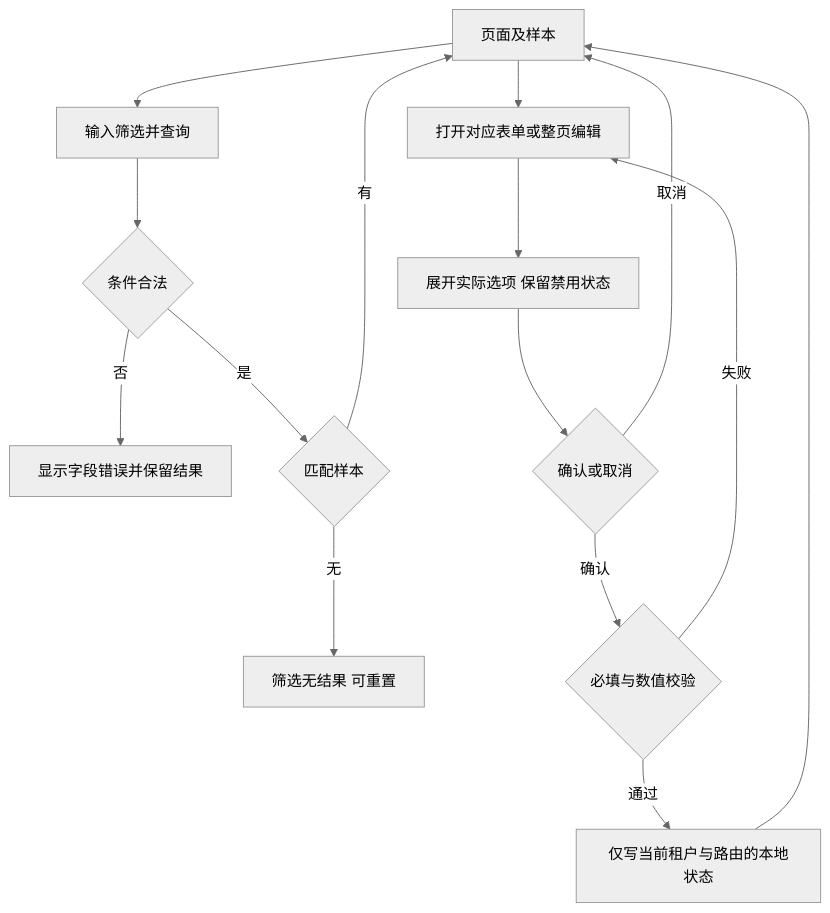
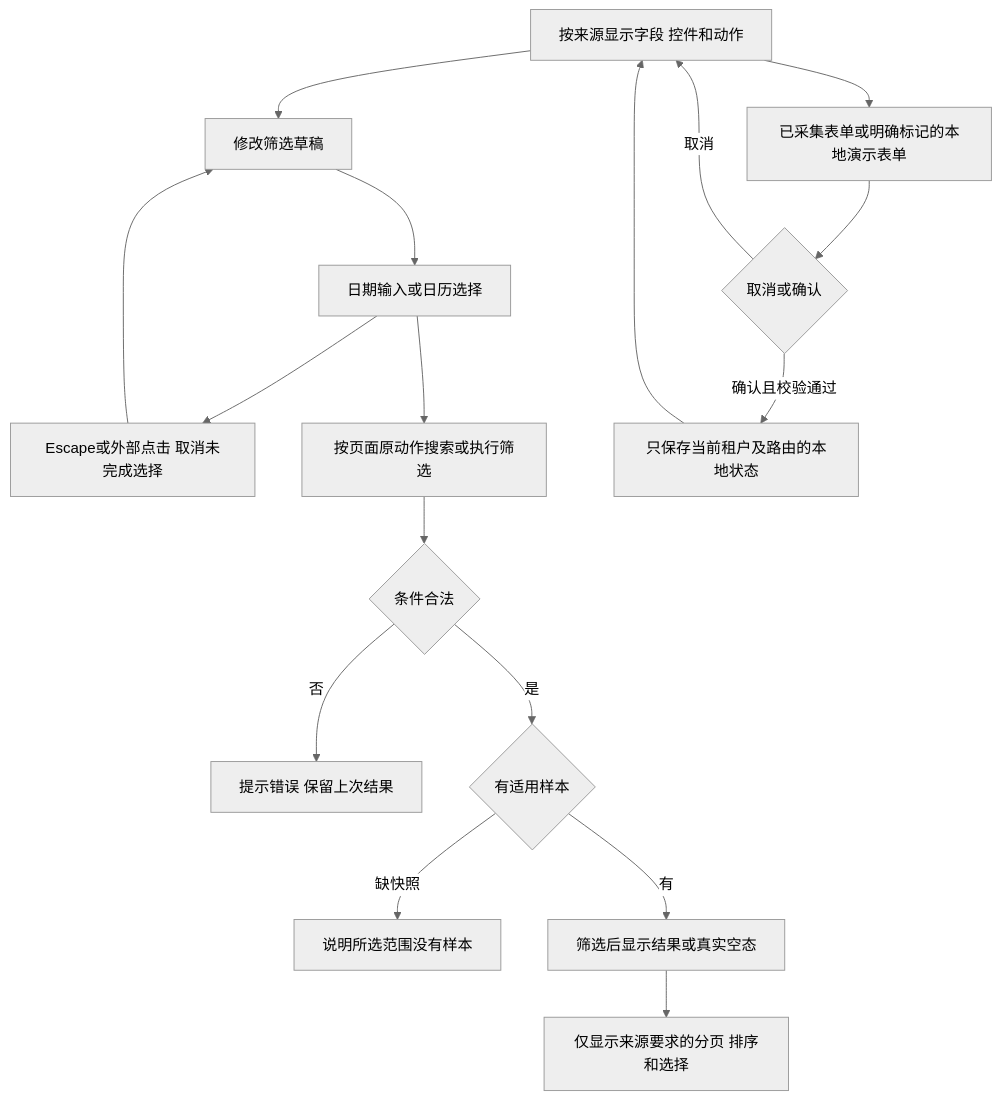
One commit to xfang9528-glitch/suiyin-admin changed the second of 7 diagrams in flowcharts/admin-live-reference.md. Above: the diagram before and after it, drawn with Mermaid (neutral theme). The commit also changed other lines of this file and 195 other files, not shown here.

````diff
--- a/flowcharts/admin-live-reference.md
+++ b/flowcharts/admin-live-reference.md
@@ -26,17 +33,19 @@
 ```mermaid
 flowchart TD
-    List[页面及样本] --> Query[输入筛选并查询]
-    Query --> Valid{条件合法}
-    Valid -->|否| Error[显示字段错误并保留结果]
-    Valid -->|是| Result{匹配样本}
-    Result -->|无| Empty[筛选无结果 可重置]
-    Result -->|有| List
-    List --> Edit[打开对应表单或整页编辑]
-    Edit --> Options[展开实际选项 保留禁用状态]
-    Options --> Submit{确认或取消}
-    Submit -->|取消| List
-    Submit -->|确认| Check{必填与数值校验}
-    Check -->|失败| Edit
-    Check -->|通过| Save[仅写当前租户与路由的本地状态]
-    Save --> List
+    Page[按来源显示字段 控件和动作] --> Draft[修改筛选草稿]
+    Draft --> Calendar[日期输入或日历选择]
+    Calendar --> Cancel[Escape或外部点击 取消未完成选择]
+    Cancel --> Draft
+    Calendar --> Submit[按页面原动作搜索或执行筛选]
+    Submit --> Valid{条件合法}
+    Valid -->|否| Error[提示错误 保留上次结果]
+    Valid -->|是| Coverage{有适用样本}
+    Coverage -->|缺快照| NoSnapshot[说明所选范围没有样本]
+    Coverage -->|有| Result[筛选后显示结果或真实空态]
+    Result --> Tools[仅显示来源要求的分页 排序和选择]
+    Page --> Edit[已采集表单或明确标记的本地演示表单]
+    Edit --> Choice{取消或确认}
+    Choice -->|取消| Page
+    Choice -->|确认且校验通过| Save[只保存当前租户及路由的本地状态]
+    Save --> Page
 ```
````
